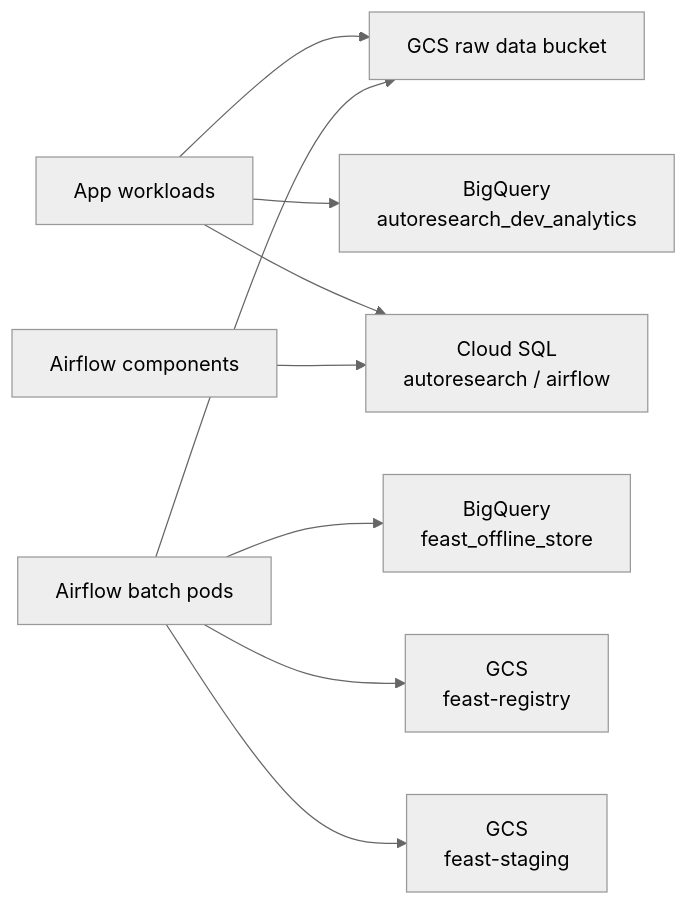
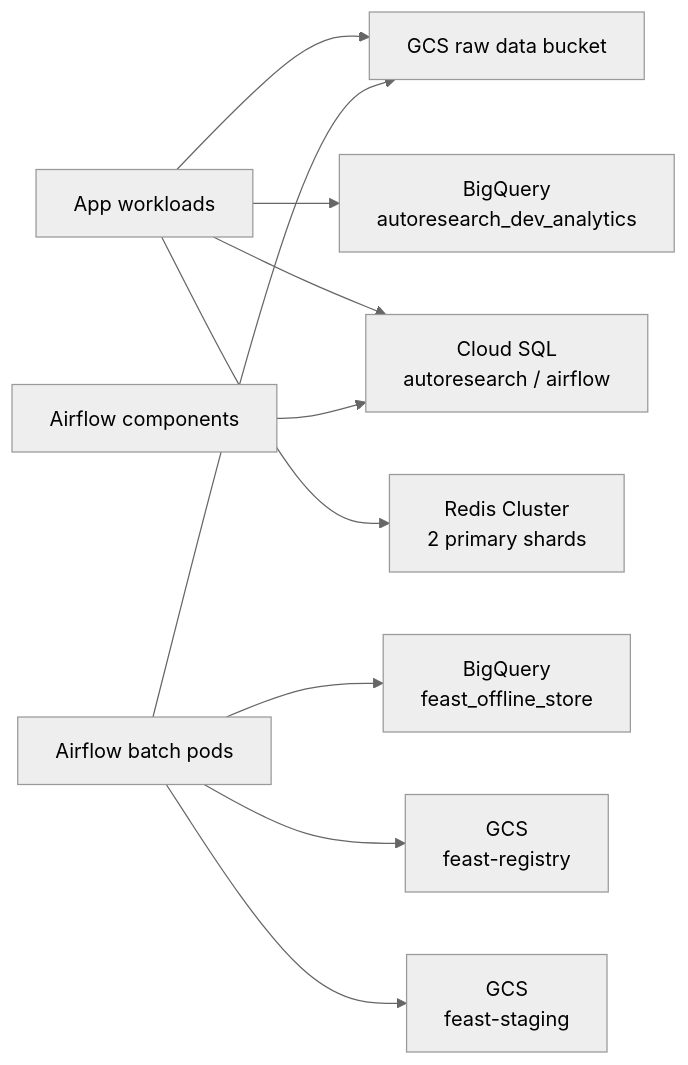
Before and after one commit to SKYAHO/Autoresearch-infra: the sixth of 9 diagrams in docs/INFRASTRUCTURE_SUMMARY.md, drawn with Mermaid (neutral theme). The commit also changed other lines of this file and 24 other files, not shown here.

Commit message:
fix: Redis Cluster 요구사항 반영

````diff
--- a/docs/INFRASTRUCTURE_SUMMARY.md
+++ b/docs/INFRASTRUCTURE_SUMMARY.md
@@ -361,21 +364,23 @@
 ```mermaid
 flowchart LR
     app["App workloads"]
     airflowComp["Airflow components"]
     batch["Airflow batch pods"]
     raw["GCS raw data bucket"]
     bqanalytics["BigQuery<br/>autoresearch_dev_analytics"]
     feastbq["BigQuery<br/>feast_offline_store"]
     registry["GCS<br/>feast-registry"]
     staging["GCS<br/>feast-staging"]
     sql["Cloud SQL<br/>autoresearch / airflow"]
+    redis["Redis Cluster<br/>2 primary shards"]
 
     app --> raw
     app --> bqanalytics
     app --> sql
+    app --> redis
     batch --> raw
     batch --> feastbq
     batch --> registry
     batch --> staging
     airflowComp --> sql
 ```
````
